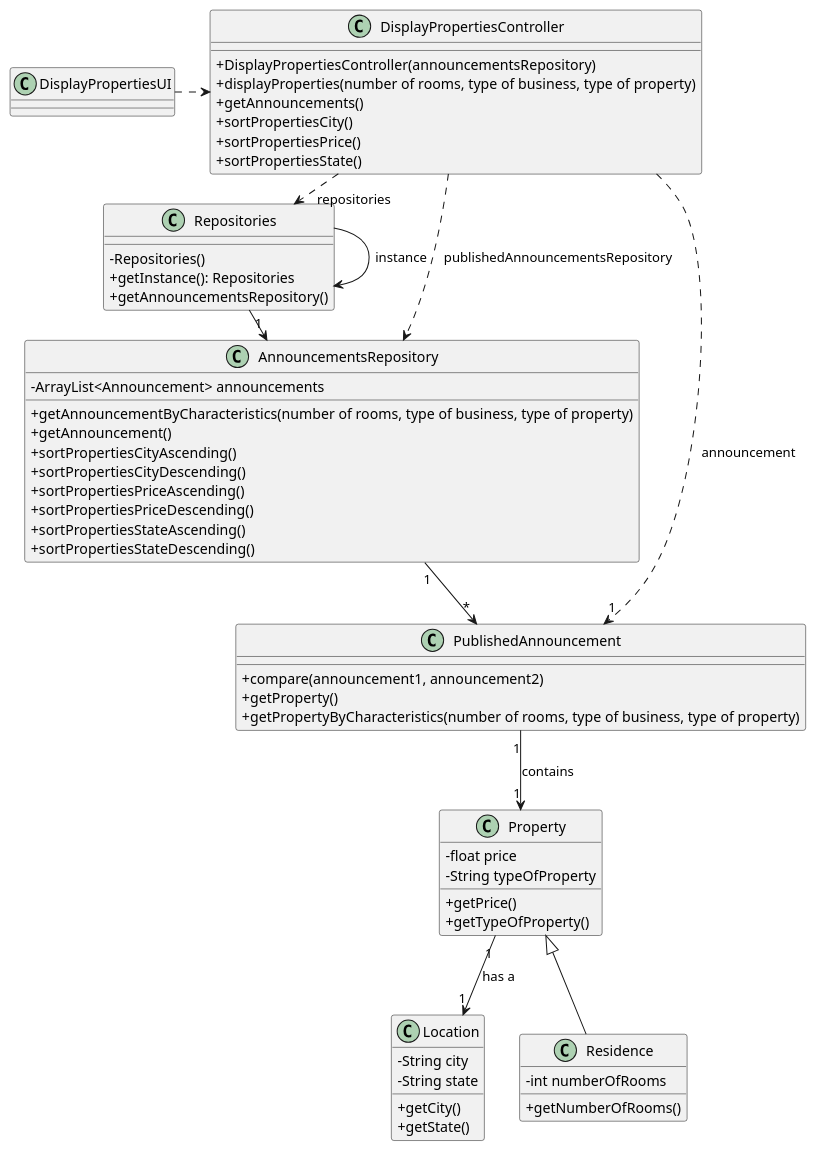
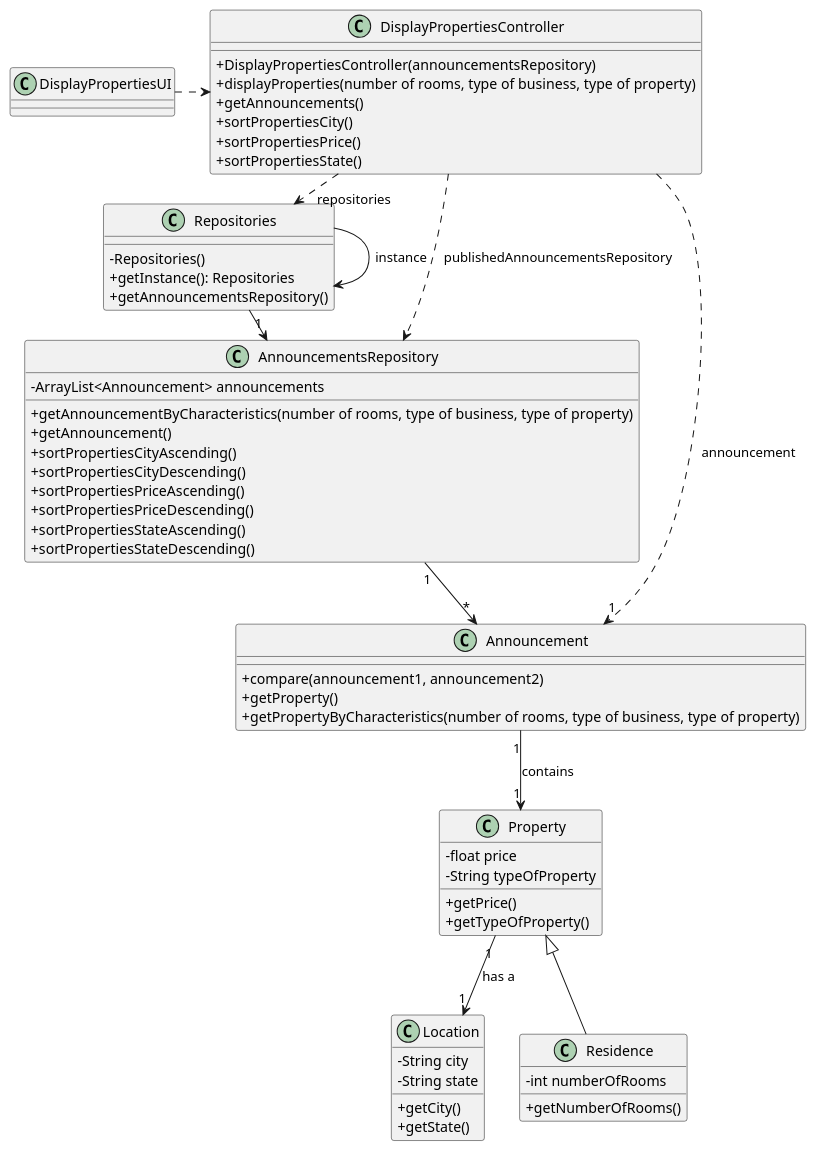
One commit to 1220812/LAPR2 changed the diagram in docs/sprintB/us001/03.design/puml/us001-class-diagram.puml. Above: the diagram before and after it, drawn with PlantUML. The commit also changed 3 other files, not shown here.

Commit message:
new announcementRepository and new methods in Property

```diff
--- a/docs/sprintB/us001/03.design/puml/us001-class-diagram.puml
+++ b/docs/sprintB/us001/03.design/puml/us001-class-diagram.puml
@@ -1,83 +1,83 @@
 @startuml
 'skinparam monochrome true
 skinparam packageStyle rectangle
 skinparam shadowing false
 skinparam linetype polyline
 skinparam linetype orto
 
 skinparam classAttributeIconSize 0
 
 'left to right direction
 
 class Property{
 -float price
 -String typeOfProperty
 +getPrice()
 +getTypeOfProperty()
 }
 
 class Location{
 -String city
 -String state
 +getCity()
 +getState()
 }
 
 class Residence{
 -int numberOfRooms
 +getNumberOfRooms()
 }
 
 class DisplayPropertiesUI{
 }
 
 class DisplayPropertiesController{
 +DisplayPropertiesController(announcementsRepository)
 +displayProperties(number of rooms, type of business, type of property)
 +getAnnouncements()
 +sortPropertiesCity()
 +sortPropertiesPrice()
 +sortPropertiesState()
 }
 
-class PublishedAnnouncement{
+class Announcement{
 +compare(announcement1, announcement2)
 +getProperty()
 +getPropertyByCharacteristics(number of rooms, type of business, type of property)
 }
 
 class Repositories{
 -Repositories()
 +getInstance(): Repositories
 +getAnnouncementsRepository()
 }
 
 class AnnouncementsRepository{
 -ArrayList<Announcement> announcements
 +getAnnouncementByCharacteristics(number of rooms, type of business, type of property)
 +getAnnouncement()
 +sortPropertiesCityAscending()
 +sortPropertiesCityDescending()
 +sortPropertiesPriceAscending()
 +sortPropertiesPriceDescending()
 +sortPropertiesStateAscending()
 +sortPropertiesStateDescending()
 }
 
 
 Repositories -> Repositories : instance
 
 DisplayPropertiesUI .> DisplayPropertiesController
 DisplayPropertiesController .> Repositories : repositories
 
 Repositories -> "1" AnnouncementsRepository
 
 DisplayPropertiesController ..> AnnouncementsRepository : publishedAnnouncementsRepository
 
-AnnouncementsRepository "1" --> "*" PublishedAnnouncement
-DisplayPropertiesController ..> "1" PublishedAnnouncement : announcement
-PublishedAnnouncement "1" --> "1" Property : contains
+AnnouncementsRepository "1" --> "*" Announcement
+DisplayPropertiesController ..> "1" Announcement : announcement
+Announcement "1" --> "1" Property : contains
 Property <|-- Residence
 Property "1" --> "1" Location : has a
 
 @enduml
```
